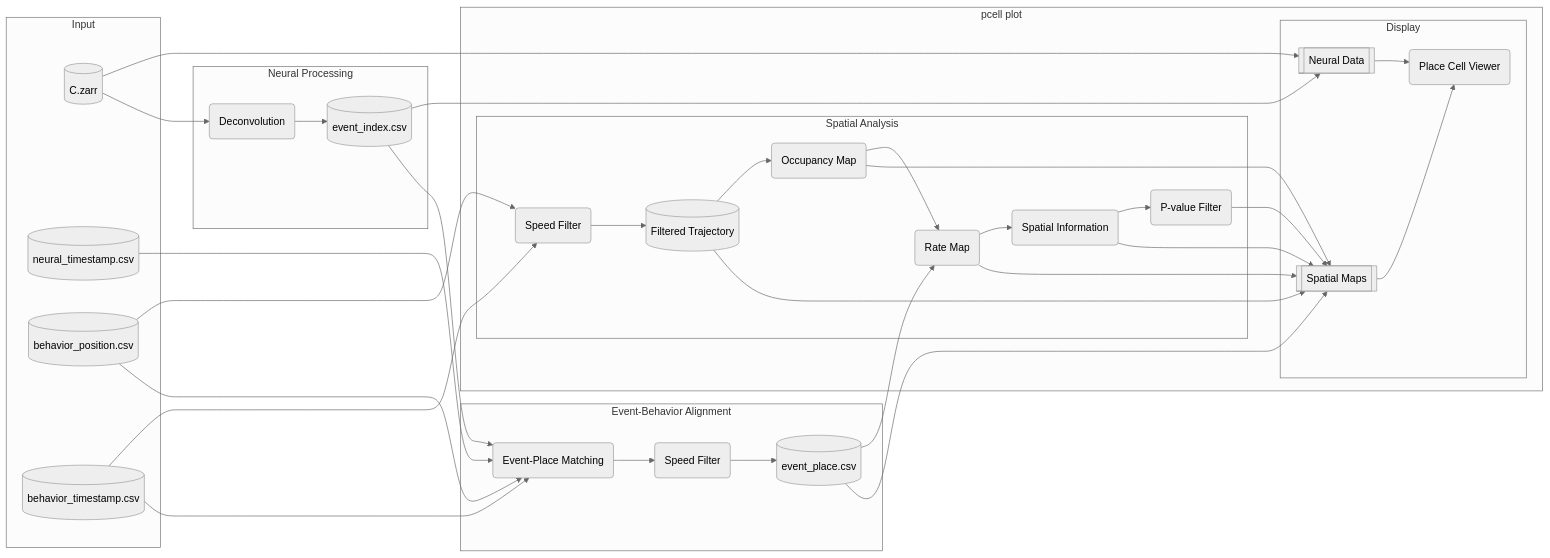
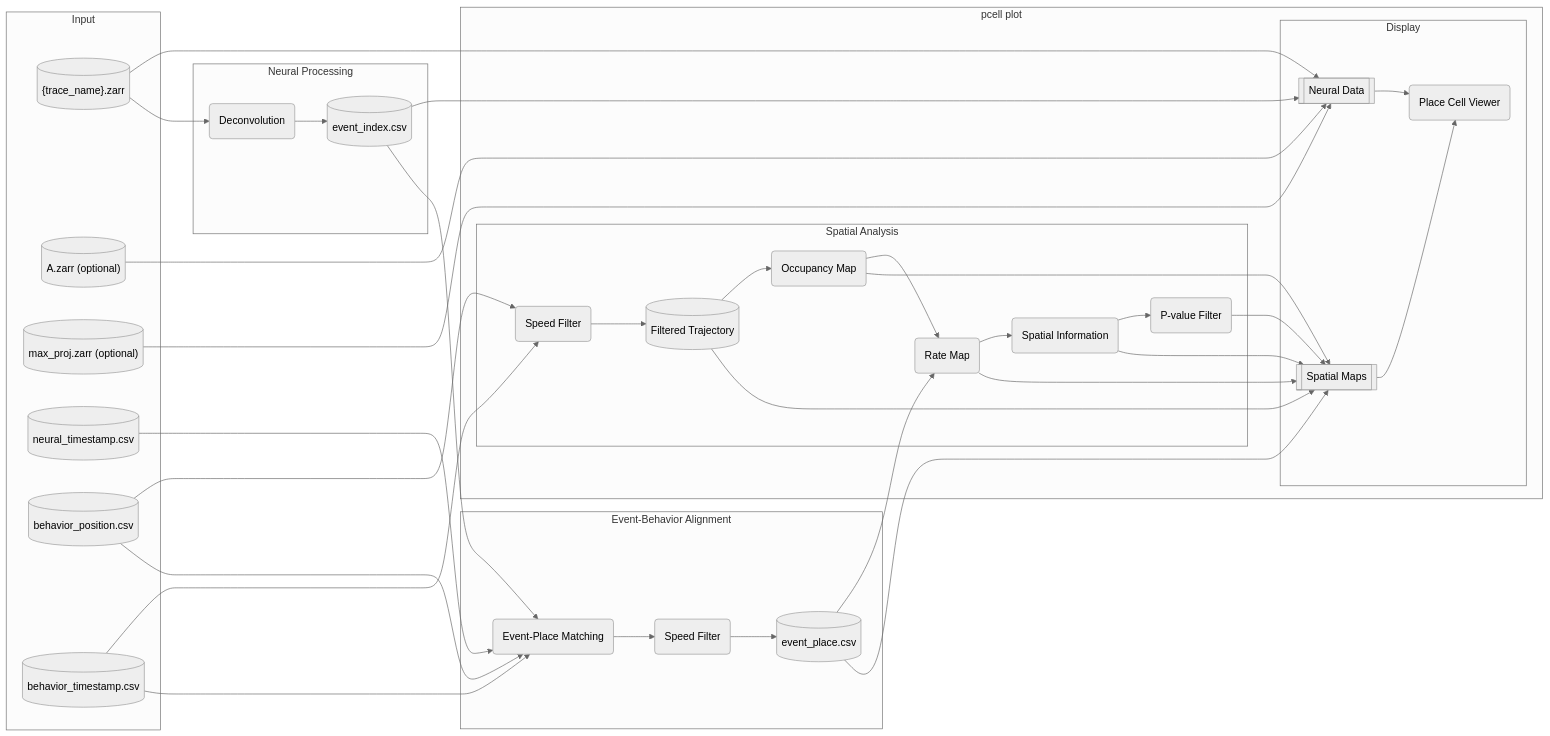
The diagram in docs/pipeline.md (miniscope/placecell), drawn with Mermaid (neutral theme) before and after one commit. The commit also changed other lines of this file, not shown here.

Commit message:
add optional neural recording files

````diff
--- a/docs/pipeline.md
+++ b/docs/pipeline.md
@@ -10,50 +10,54 @@
 ```mermaid
 flowchart LR
     subgraph Input
-        A[(C.zarr)]
+        A[("{trace_name}.zarr")]
+        A2[("A.zarr (optional)")]
+        A3[("max_proj.zarr (optional)")]
         B[(neural_timestamp.csv)]
         C[(behavior_position.csv)]
         D[(behavior_timestamp.csv)]
     end
 
     subgraph Neural Processing
         A --> E(Deconvolution)
         E --> F[(event_index.csv)]
     end
 
     subgraph Event-Behavior Alignment
         F --> G(Event-Place Matching)
         B --> G
         C --> G
         D --> G
         G --> R(Speed Filter)
         R --> H[(event_place.csv)]
     end
 
     subgraph pcell plot
         A --> O
+        A2 --> O
+        A3 --> O
         F --> O
         Q --> P
         H --> P
         J --> P
         K --> P
         L --> P
         N --> P
         subgraph Spatial Analysis
             C --> I(Speed Filter)
             D --> I
             I --> Q[(Filtered Trajectory)]
             Q --> J(Occupancy Map)
             H --> K(Rate Map)
             J --> K
             K --> L(Spatial Information)
             L --> N(P-value Filter)
         end
 
         subgraph Display
             O[[Neural Data]] --> M(Place Cell Viewer)
             P[[Spatial Maps]] --> M
         end
 
     end
 ```
````
